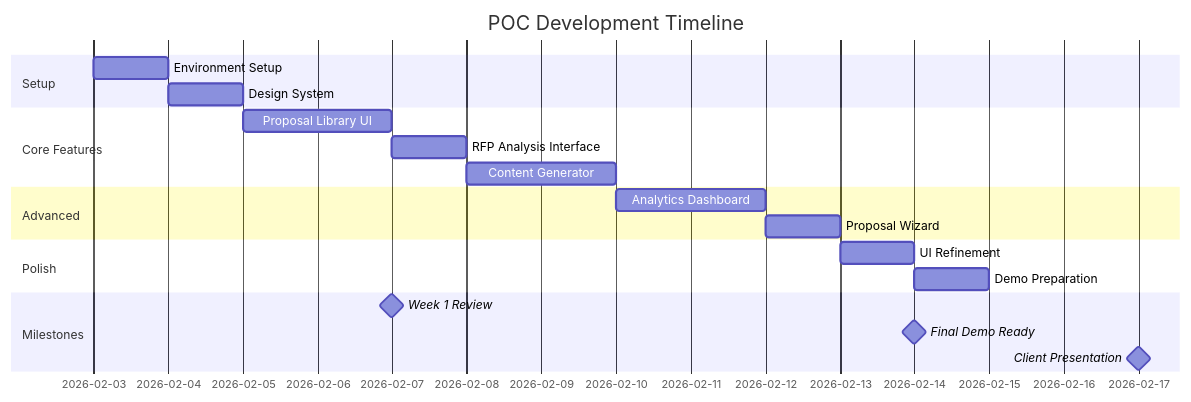
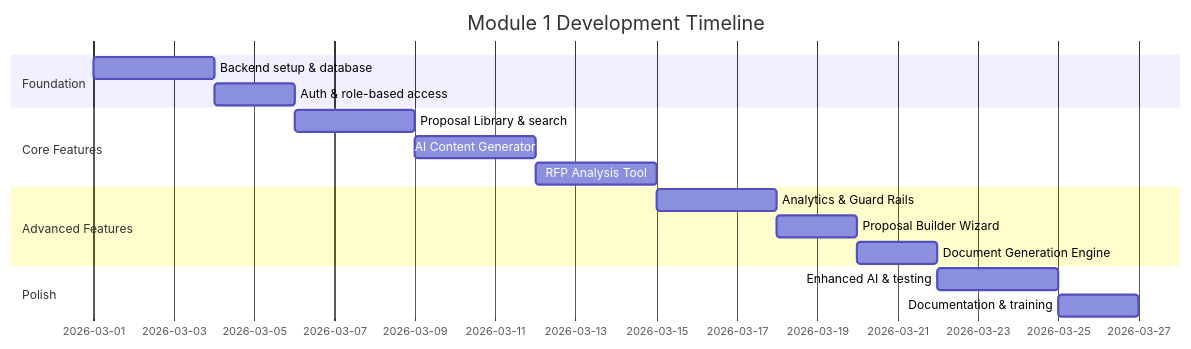
Before and after one commit to elikiedrowski/ECI_Site_Construction: diagram 13 of 15 in POC-Implementation-Plan.md, drawn with Mermaid. The commit also changed other lines of this file and 1 other file, not shown here.

First line of the commit message:
Align implementation plan and cost estimate to 3-module SOW

````diff
--- a/POC-Implementation-Plan.md
+++ b/POC-Implementation-Plan.md
@@ -1883,26 +607,19 @@
 ```mermaid
 gantt
-    title POC Development Timeline
+    title Module 1 Development Timeline
     dateFormat YYYY-MM-DD
-    section Setup
-    Environment Setup           :a1, 2026-02-03, 1d
-    Design System              :a2, after a1, 1d
-    
+    section Foundation
+    Backend setup & database          :m1a, 2026-03-01, 3d
+    Auth & role-based access          :m1b, after m1a, 2d
     section Core Features
-    Proposal Library UI        :b1, after a2, 2d
-    RFP Analysis Interface     :b2, after b1, 1d
-    Content Generator          :b3, after b2, 2d
-    
-    section Advanced
-    Analytics Dashboard        :c1, after b3, 2d
-    Proposal Wizard           :c2, after c1, 1d
-    
+    Proposal Library & search         :m1c, after m1b, 3d
+    AI Content Generator              :m1d, after m1c, 3d
+    RFP Analysis Tool                 :m1e, after m1d, 3d
+    section Advanced Features
+    Analytics & Guard Rails           :m1f, after m1e, 3d
+    Proposal Builder Wizard           :m1g, after m1f, 2d
+    Document Generation Engine        :m1h, after m1g, 2d
     section Polish
-    UI Refinement             :d1, after c2, 1d
-    Demo Preparation          :d2, after d1, 1d
-    
-    section Milestones
-    Week 1 Review            :milestone, m1, 2026-02-07, 0d
-    Final Demo Ready         :milestone, m2, 2026-02-14, 0d
-    Client Presentation      :milestone, m3, 2026-02-17, 0d
+    Enhanced AI & testing             :m1i, after m1h, 3d
+    Documentation & training          :m1j, after m1i, 2d
 ```
````
